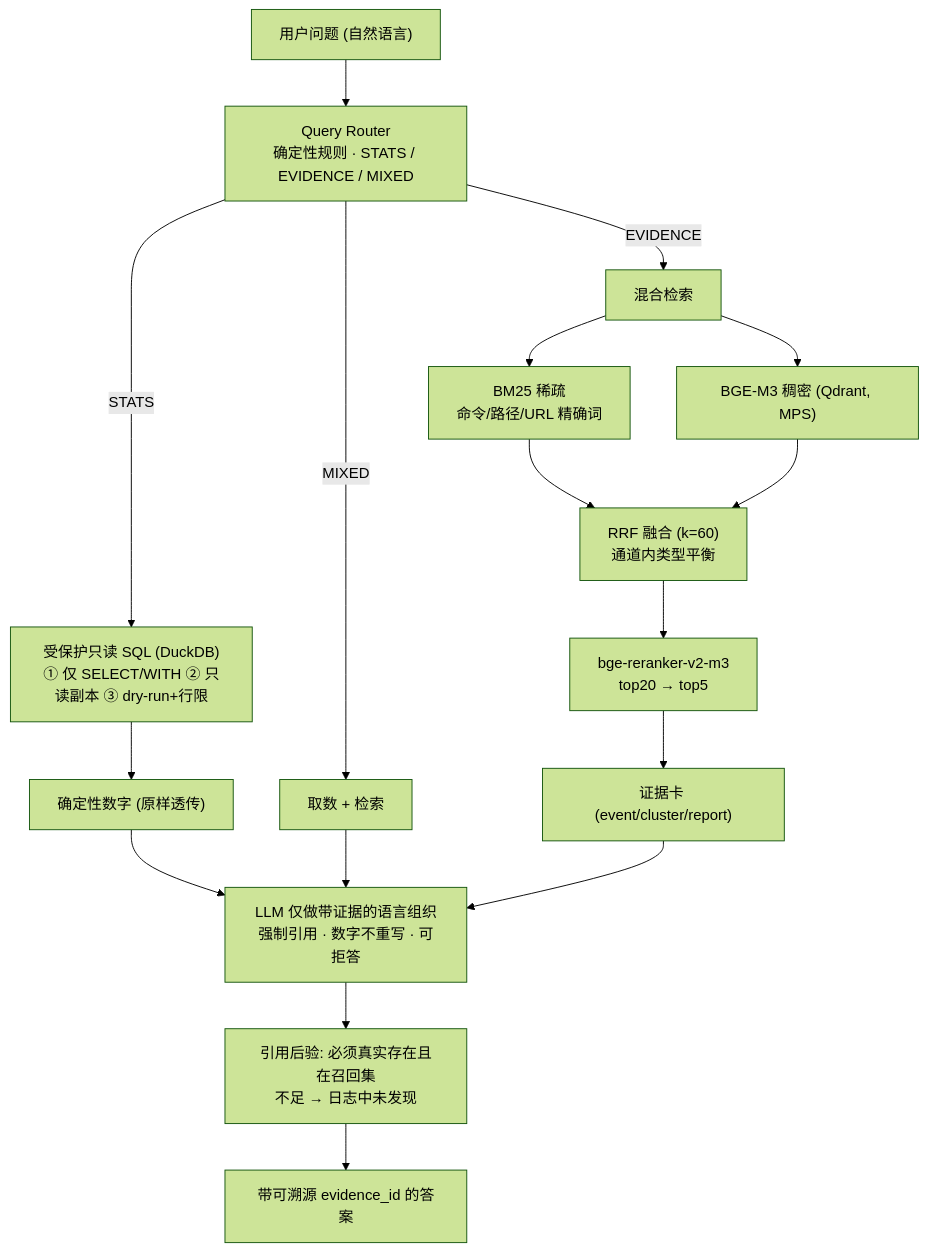
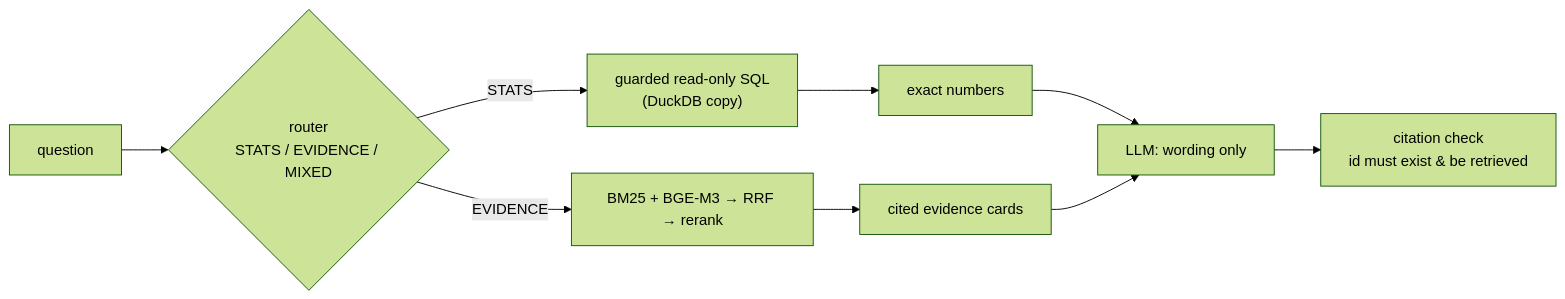
Before and after one commit to ChaoJie0/guardlens: the diagram in README.md, drawn with Mermaid (forest theme). The commit also changed other lines of this file and 26 other files, not shown here.

````diff
--- a/README.md
+++ b/README.md
@@ -20,19 +128,11 @@
 ```mermaid
-flowchart TD
-    Q["用户问题 (自然语言)"] --> R["Query Router<br/>确定性规则 · STATS / EVIDENCE / MIXED"]
-    R -->|STATS| SQL["受保护只读 SQL (DuckDB)<br/>① 仅 SELECT/WITH ② 只读副本 ③ dry-run+行限"]
-    R -->|EVIDENCE| H["混合检索"]
-    R -->|MIXED| BOTH["取数 + 检索"]
-    SQL --> NUM["确定性数字 (原样透传)"]
-    H --> BM25["BM25 稀疏<br/>命令/路径/URL 精确词"]
-    H --> DENSE["BGE-M3 稠密 (Qdrant, MPS)"]
-    BM25 --> RRF["RRF 融合 (k=60)<br/>通道内类型平衡"]
-    DENSE --> RRF
-    RRF --> RR["bge-reranker-v2-m3<br/>top20 → top5"]
-    RR --> CTX["证据卡 (event/cluster/report)"]
-    NUM --> LLM["LLM 仅做带证据的语言组织<br/>强制引用 · 数字不重写 · 可拒答"]
-    BOTH --> LLM
-    CTX --> LLM
-    LLM --> CHK["引用后验: 必须真实存在且在召回集<br/>不足 → 日志中未发现"]
-    CHK --> ANS["带可溯源 evidence_id 的答案"]
+flowchart LR
+    Q["question"] --> R{"router<br/>STATS / EVIDENCE / MIXED"}
+    R -->|STATS| SQL["guarded read-only SQL<br/>(DuckDB copy)"]
+    R -->|EVIDENCE| H["BM25 + BGE-M3 → RRF → rerank"]
+    SQL --> N["exact numbers"]
+    H --> C["cited evidence cards"]
+    N --> L["LLM: wording only"]
+    C --> L
+    L --> V["citation check<br/>id must exist & be retrieved"]
 ```
````
